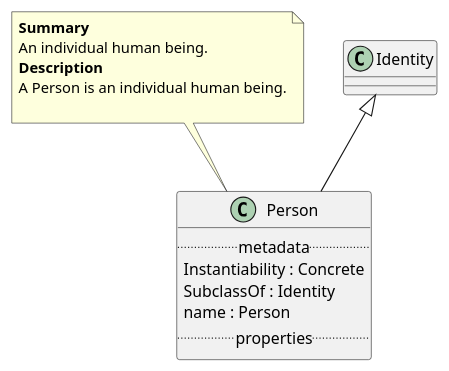
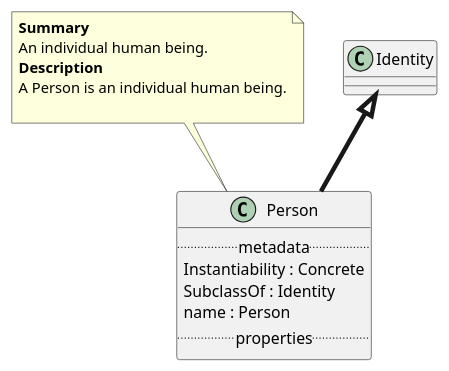
The diagram in Classes/Person.puml (maxhbr/spec-parser.hs), drawn with PlantUML before and after one commit. The commit also changed 61 other files, not shown here.

```diff
--- a/Classes/Person.puml
+++ b/Classes/Person.puml
@@ -1,17 +1,17 @@
 @startuml
 class Person {
 .. metadata ..
     Instantiability : Concrete
     SubclassOf : Identity
     name : Person
 .. properties ..
 }
 note top of Person
 <b>Summary</b>
 An individual human being.
 <b>Description</b>
 A Person is an individual human being.
 
 end note
-"Identity" <|-- "Person"
+"Identity" <|-[thickness=4]- "Person"
 @enduml
```
